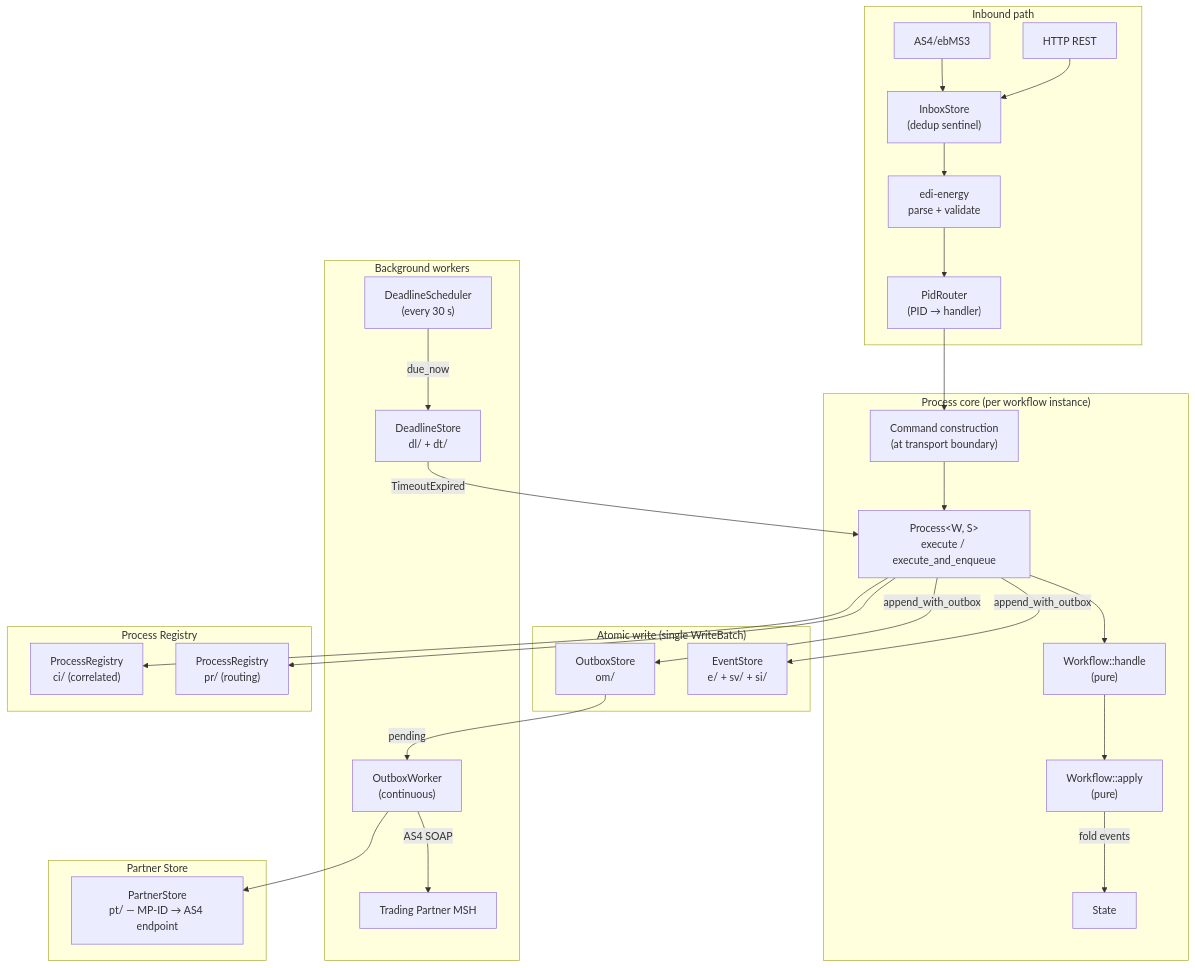
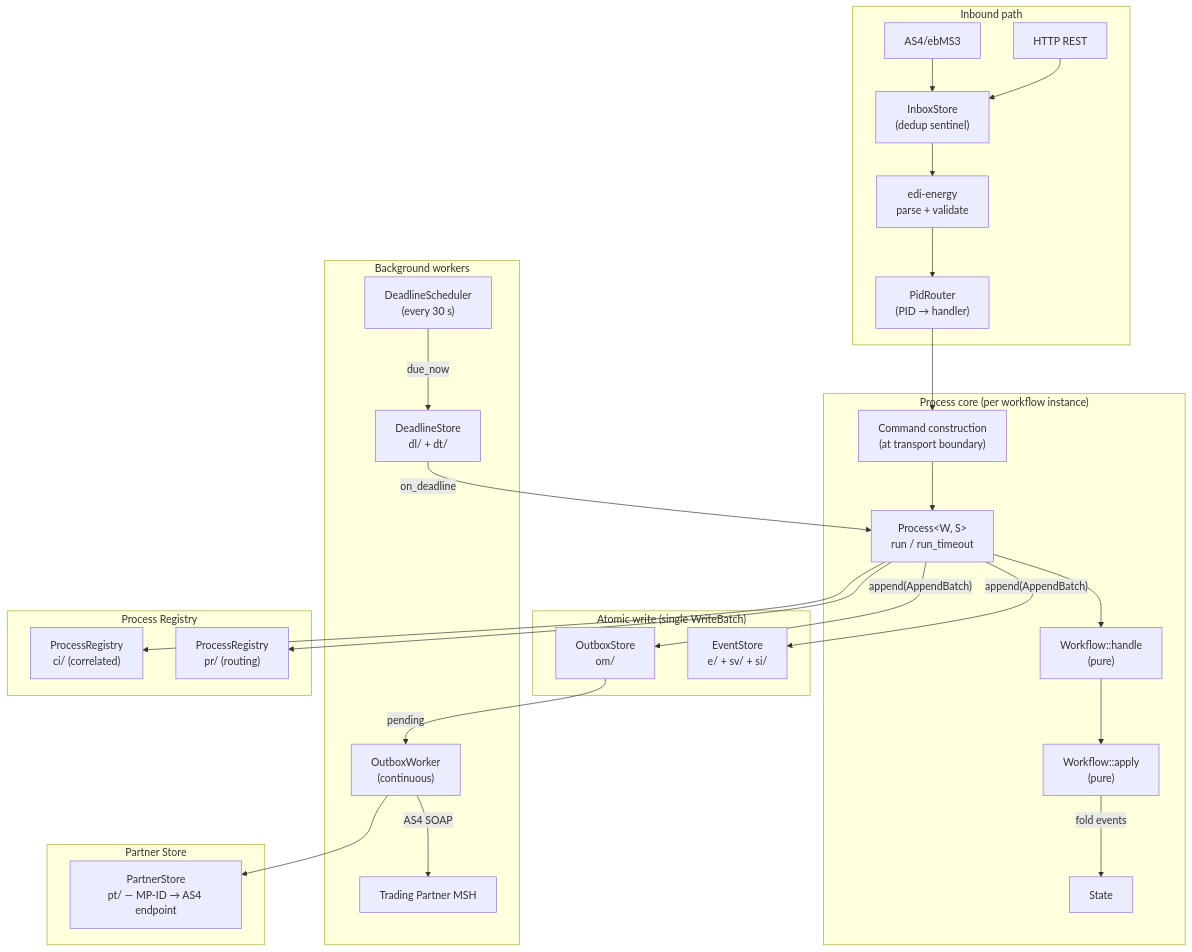
Before and after one commit to hupe1980/mako: the first of 4 diagrams in site/content/docs/architecture/engine.md, drawn with Mermaid. The commit also changed other lines of this file and 1091 other files, not shown here.

````diff
--- a/site/content/docs/architecture/engine.md
+++ b/site/content/docs/architecture/engine.md
@@ -16,43 +15,43 @@
 ```mermaid
 graph TD
     subgraph Inbound["Inbound path"]
         AS4["AS4/ebMS3"]
         REST["HTTP REST"]
         AS4 & REST --> IB["InboxStore<br/>(dedup sentinel)"]
         IB --> PARSE["edi-energy<br/>parse + validate"]
         PARSE --> ROUTER["PidRouter<br/>(PID → handler)"]
     end
 
     subgraph Core["Process core (per workflow instance)"]
         ROUTER --> CMD["Command construction<br/>(at transport boundary)"]
-        CMD --> PROC["Process&lt;W, S&gt;<br/>execute / execute_and_enqueue"]
+        CMD --> PROC["Process&lt;W, S&gt;<br/>run / run_timeout"]
         PROC --> WH["Workflow::handle<br/>(pure)"]
         WH --> WA["Workflow::apply<br/>(pure)"]
         WA -->|"fold events"| STATE["State"]
     end
 
     subgraph Atomic["Atomic write (single WriteBatch)"]
-        PROC -->|"append_with_outbox"| ES["EventStore<br/>e/ + sv/ + si/"]
-        PROC -->|"append_with_outbox"| OMS["OutboxStore<br/>om/"]
+        PROC -->|"append(AppendBatch)"| ES["EventStore<br/>e/ + sv/ + si/"]
+        PROC -->|"append(AppendBatch)"| OMS["OutboxStore<br/>om/"]
     end
 
     subgraph Background["Background workers"]
         OW["OutboxWorker<br/>(continuous)"]
         DS["DeadlineScheduler<br/>(every 30 s)"]
         OMS -->|"pending"| OW
         OW -->|"AS4 SOAP"| PARTNER["Trading Partner MSH"]
         DS -->|"due_now"| DL["DeadlineStore<br/>dl/ + dt/"]
-        DL -->|"TimeoutExpired"| PROC
+        DL -->|"on_deadline"| PROC
     end
 
     subgraph Registry["Process Registry"]
         PR["ProcessRegistry<br/>pr/ (routing)"]
         CI["ProcessRegistry<br/>ci/ (correlated)"]
         PROC --> PR & CI
     end
 
     subgraph Partners["Partner Store"]
         PT["PartnerStore<br/>pt/ — MP-ID → AS4 endpoint"]
         OW --> PT
     end
 ```
````
